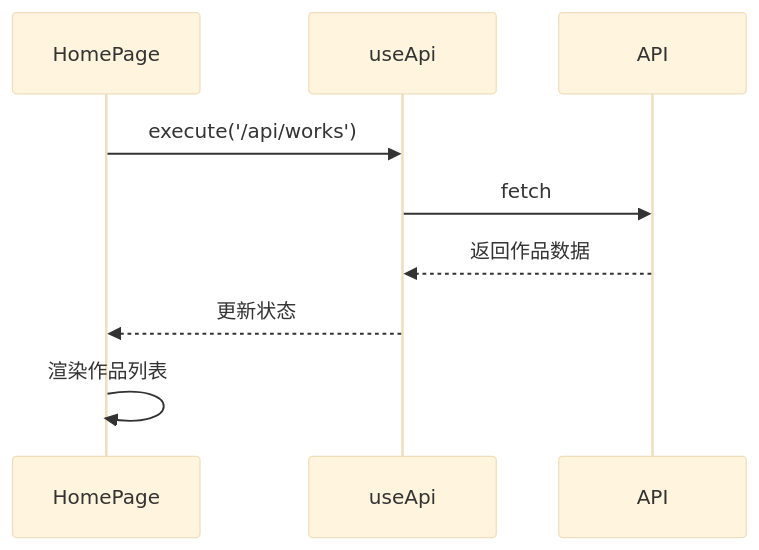
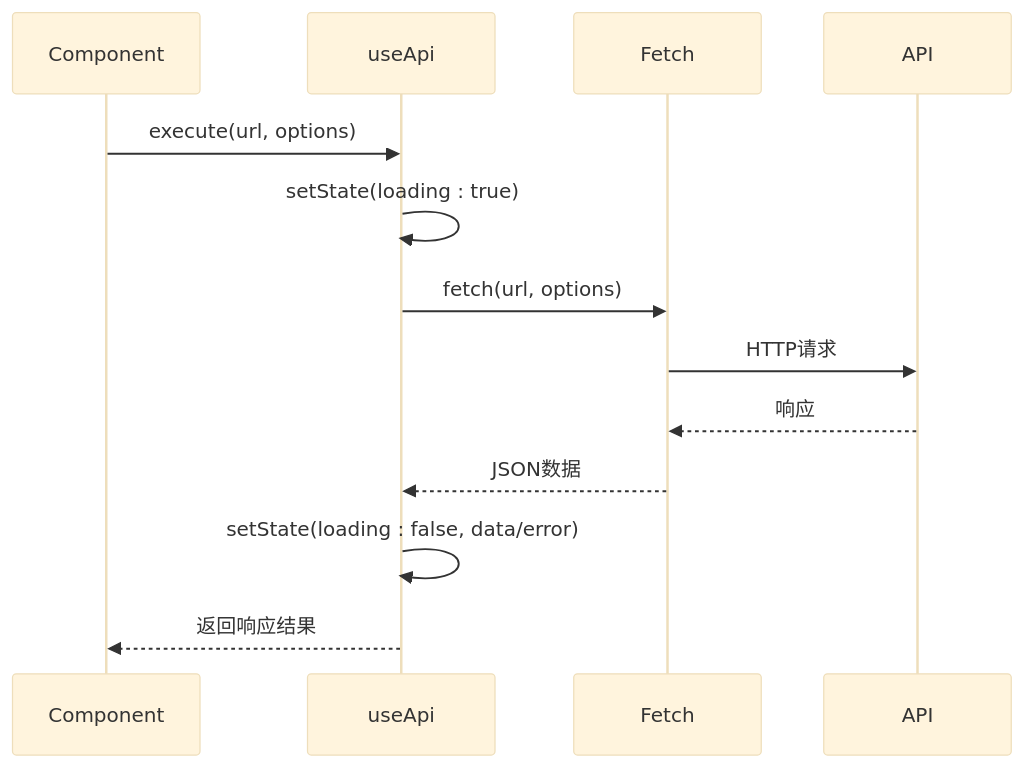
Before and after one commit to Eyre921/yunqi: the third of 4 diagrams in .qoder/repowiki/zh/content/前端架构/前端架构.md, drawn with Mermaid (base theme). The commit also changed other lines of this file and 24 other files, not shown here.

````diff
--- a/.qoder/repowiki/zh/content/前端架构/前端架构.md
+++ b/.qoder/repowiki/zh/content/前端架构/前端架构.md
@@ -135,11 +104,15 @@
 ```mermaid
 sequenceDiagram
-participant HomePage
+participant Component
 participant useApi
+participant Fetch
 participant API
-HomePage->>useApi : execute('/api/works')
-useApi->>API : fetch
-API-->>useApi : 返回作品数据
-useApi-->>HomePage : 更新状态
-HomePage->>HomePage : 渲染作品列表
+Component->>useApi : execute(url, options)
+useApi->>useApi : setState(loading : true)
+useApi->>Fetch : fetch(url, options)
+Fetch->>API : HTTP请求
+API-->>Fetch : 响应
+Fetch-->>useApi : JSON数据
+useApi->>useApi : setState(loading : false, data/error)
+useApi-->>Component : 返回响应结果
 ```
````
